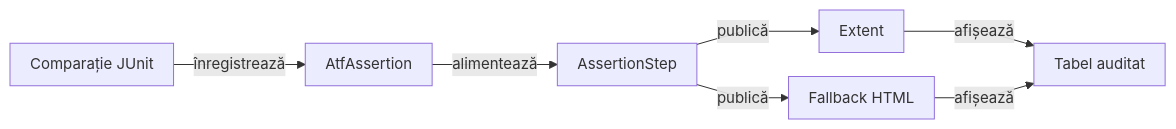
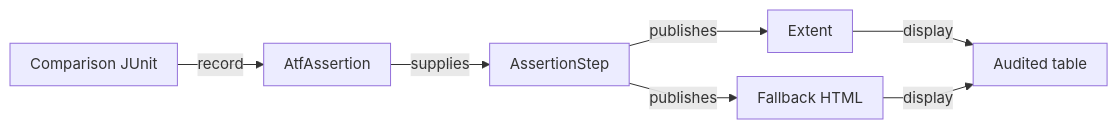
One commit to crististefanita/atf_j0 changed the fourth of 18 diagrams in atf-reporting/README.md. Above: the diagram before and after it, drawn with Mermaid. The commit also changed other lines of this file and 113 other files, not shown here.

````diff
--- a/atf-reporting/README.md
+++ b/atf-reporting/README.md
@@ -533,10 +470,10 @@
 ```mermaid
 %%{init: {"themeVariables":{"fontSize":"15px"},"themeCSS":".nodeLabel, .nodeLabel p { font-size: 15px !important; line-height: 1.35 !important; } .edgeLabel, .edgeLabel p { font-size: 12px !important; font-weight: 400 !important; line-height: 1.2 !important; } .edgeLabel .labelBkg, .edgeLabel p { background: transparent !important; } .edgeLabel foreignObject { transform: translateY(-18px); overflow: visible; } .node rect { rx: 6px; ry: 6px; }","flowchart":{"curve":"linear","nodeSpacing":24,"rankSpacing":40,"padding":10,"diagramPadding":16}}}%%
 flowchart LR
-    J["Comparație JUnit"] -->|înregistrează| R["AtfAssertion"]
-    R -->|alimentează| S["AssertionStep"]
-    S -->|publică| E["Extent"]
-    S -->|publică| H["Fallback HTML"]
-    E -->|afișează| V["Tabel auditat"]
-    H -->|afișează| V
+    J["Comparison JUnit"] -->|record| R["AtfAssertion"]
+    R -->|supplies| S["AssertionStep"]
+    S -->|publishes| E["Extent"]
+    S -->|publishes| H["Fallback HTML"]
+    E -->|display| V["Audited table"]
+    H -->|display| V
 ```
````
